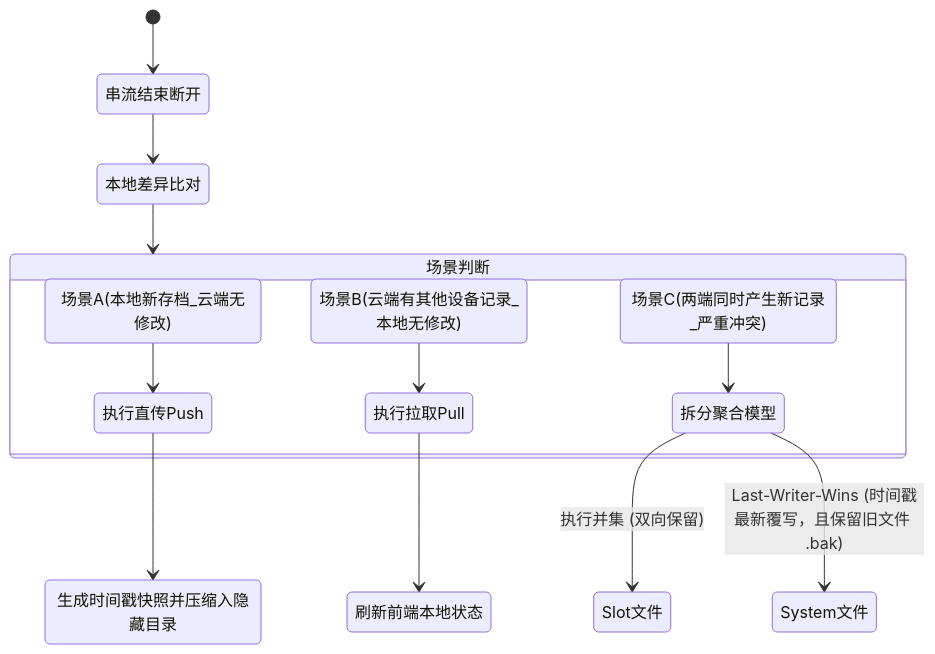
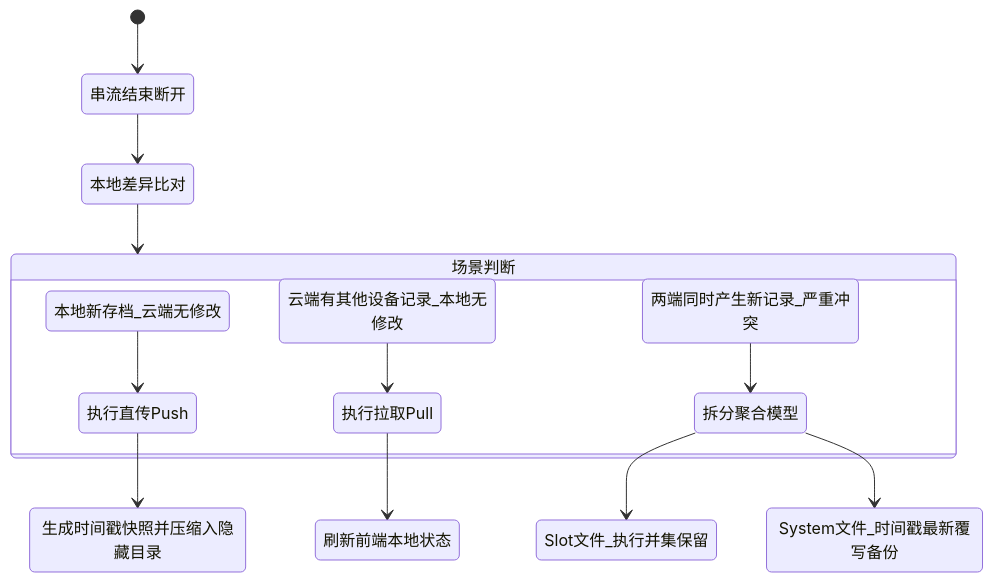
Before and after one commit to Roxy-DD/galremote: the fourth of 5 diagrams in thesis/chapter4/system_design.md, drawn with Mermaid. The commit also changed other lines of this file, not shown here.

Commit message:
docs(thesis): fix mermaid syntax for standard markdown rendering

````diff
--- a/thesis/chapter4/system_design.md
+++ b/thesis/chapter4/system_design.md
@@ -136,18 +136,22 @@
 ```mermaid
 stateDiagram-v2
     [*] --> 串流结束断开
     串流结束断开 --> 本地差异比对
     本地差异比对 --> 场景判断
     
     state 场景判断 {
-        场景A(本地新存档_云端无修改) --> 执行直传Push
-        场景B(云端有其他设备记录_本地无修改) --> 执行拉取Pull
-        场景C(两端同时产生新记录_严重冲突) --> 拆分聚合模型
+        state "本地新存档_云端无修改" as SceneA
+        state "云端有其他设备记录_本地无修改" as SceneB
+        state "两端同时产生新记录_严重冲突" as SceneC
+        
+        SceneA --> 执行直传Push
+        SceneB --> 执行拉取Pull
+        SceneC --> 拆分聚合模型
     }
     
-    拆分聚合模型 --> Slot文件: 执行并集 (双向保留)
-    拆分聚合模型 --> System文件: Last-Writer-Wins (时间戳最新覆写，且保留旧文件 .bak)
+    拆分聚合模型 --> Slot文件_执行并集保留
+    拆分聚合模型 --> System文件_时间戳最新覆写备份
     
     执行直传Push --> 生成时间戳快照并压缩入隐藏目录
     执行拉取Pull --> 刷新前端本地状态
 ```
````
